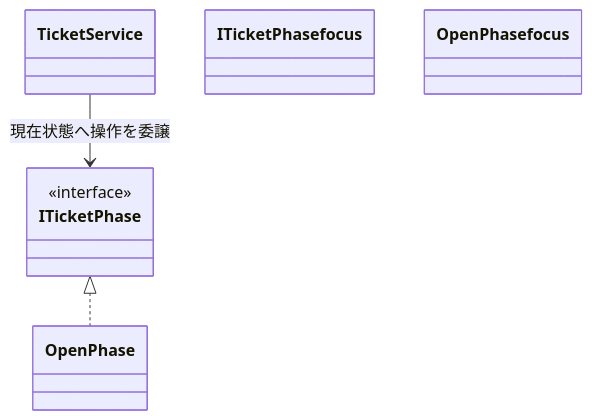
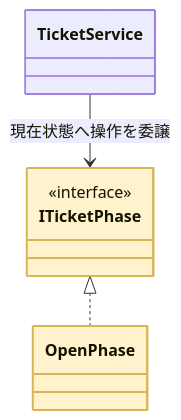
Before and after one commit to kumachan1101-pixel/DesignPattern: diagram 12 of 20 in kindle/design-patterns/output/chapter09_2.md, drawn with Mermaid. The commit also changed other lines of this file and 15 other files, not shown here.

First line of the commit message:
全章classDiagram: phantom浮きクラスを生む着色構文 class X focus を :::focus へ修正（103箇所）

````diff
--- a/kindle/design-patterns/output/chapter09_2.md
+++ b/kindle/design-patterns/output/chapter09_2.md
@@ -1566,11 +1566,11 @@
 ```mermaid
 classDiagram
     class TicketService
     class ITicketPhase { <<interface>> }
     class OpenPhase
     TicketService --> ITicketPhase : 現在状態へ操作を委譲
     ITicketPhase <|.. OpenPhase
-    class ITicketPhase focus
-    class OpenPhase focus
+    class ITicketPhase:::focus
+    class OpenPhase:::focus
     classDef focus fill:#FFF2CC,stroke:#D6B656,stroke-width:2px
 ```
````
